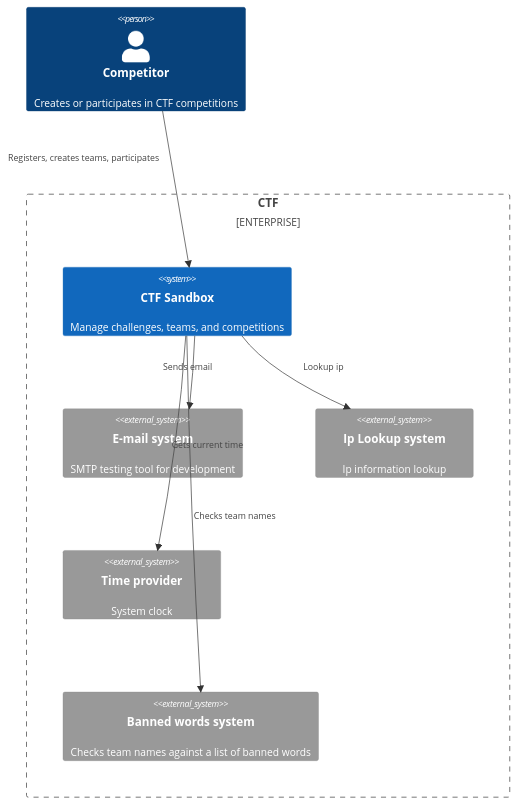
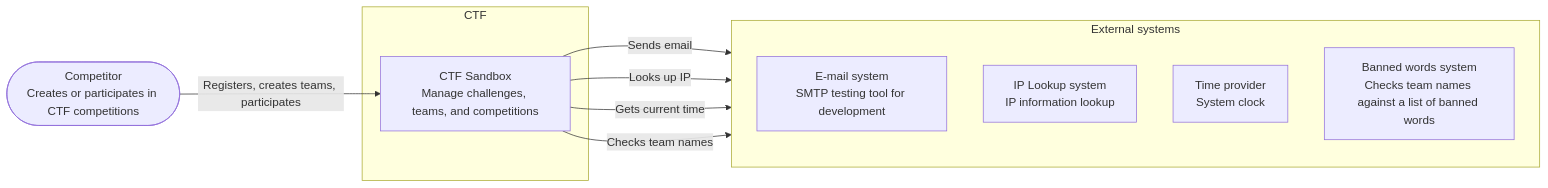
Before and after one commit to CurlyFire/ctf-sandbox: the first of 2 diagrams in README.md, drawn with Mermaid.

````diff
--- a/README.md
+++ b/README.md
@@ -52,25 +52,22 @@
 ```mermaid
-C4Context
-    UpdateLayoutConfig($c4ShapeInRow="2", $c4BoundaryInRow="1")
-    Person(user, "Competitor", "Creates or participates in CTF competitions")
-    Enterprise_Boundary(b0, "CTF") {
-        System(systemctf, "CTF Sandbox", "Manage challenges, teams, and competitions")
-        System_Ext(systememail, "E-mail system", "SMTP testing tool for development")
-        System_Ext(systemipinfo, "Ip Lookup system", "Ip information lookup")
-        System_Ext(systemtime, "Time provider", "System clock")
-        System_Ext(bannedwords, "Banned words system", "Checks team names against a list of banned words")
+flowchart LR
+    user(["Competitor<br/>Creates or participates in CTF competitions"])
 
-        Rel(user, systemctf, "Registers, creates teams, participates")
-        UpdateRelStyle(user, systemctf, $offsetX="-230", $offsetY="-45")
+    subgraph ctf["CTF"]
+        systemctf["CTF Sandbox<br/>Manage challenges, teams, and competitions"]
+    end
 
-        Rel(systemctf, systememail, "Sends email")
-        UpdateRelStyle(systemctf, systememail, $offsetX="-40", $offsetY="-10")
+    subgraph external["External systems"]
+        direction TB
+        systememail["E-mail system<br/>SMTP testing tool for development"]
+        systemipinfo["IP Lookup system<br/>IP information lookup"]
+        systemtime["Time provider<br/>System clock"]
+        bannedwords["Banned words system<br/>Checks team names against a list of banned words"]
+    end
 
-        Rel(systemctf, systemipinfo, "Lookup ip")
-        UpdateRelStyle(systemctf, systemipinfo, $offsetX="10", $offsetY="-10")
-
-        Rel(systemctf, systemtime, "Gets current time")
-
-        Rel_R(systemctf, bannedwords, "Checks team names")
-    }
+    user -->|Registers, creates teams, participates| systemctf
+    systemctf -->|Sends email| systememail
+    systemctf -->|Looks up IP| systemipinfo
+    systemctf -->|Gets current time| systemtime
+    systemctf -->|Checks team names| bannedwords
 ```
````
